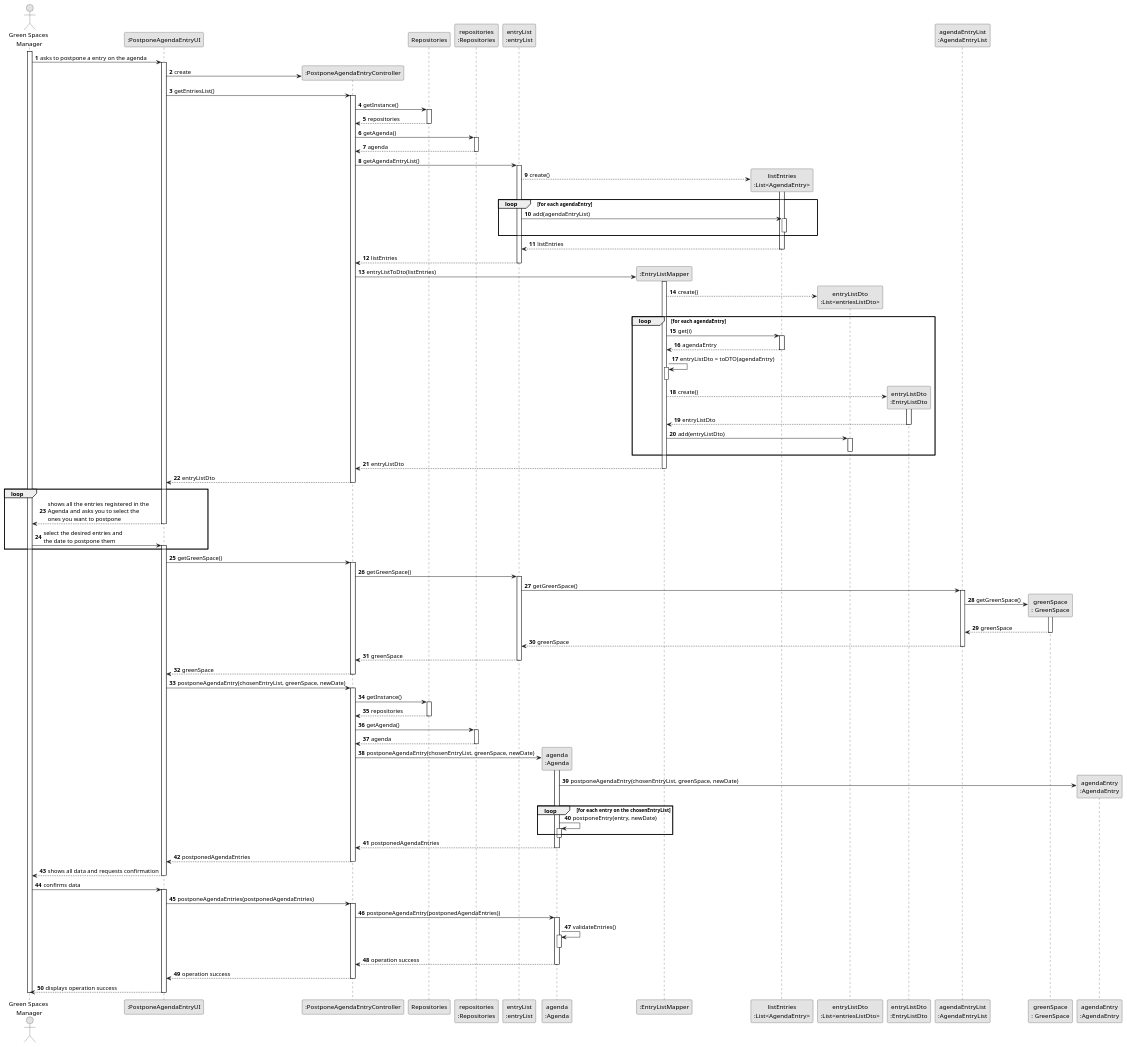
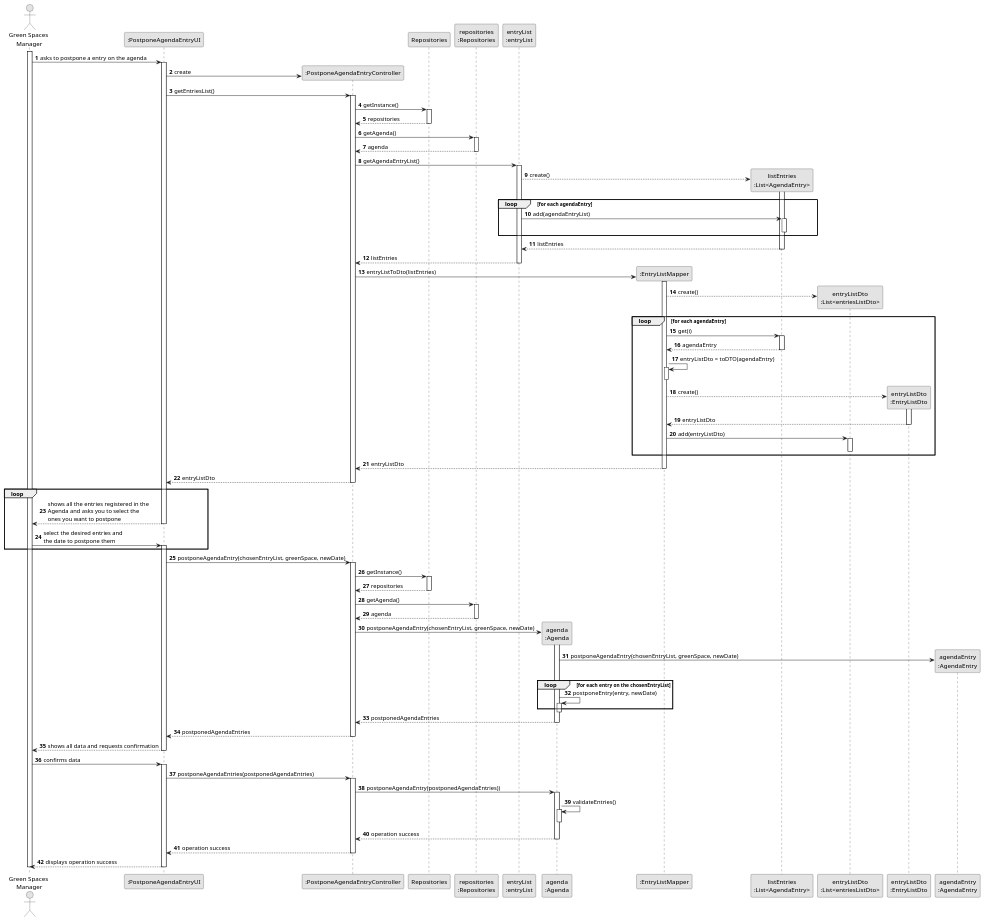
The diagram in docs/sprintC/us024/03.design/puml/us024-sequence-diagram-full.puml (diogoveirospro/lei-24-s2-1dg-g072), drawn with PlantUML before and after one commit. The commit also changed 2 other files, not shown here.

Commit message:
Finished US26 class diagram

```diff
--- a/docs/sprintC/us024/03.design/puml/us024-sequence-diagram-full.puml
+++ b/docs/sprintC/us024/03.design/puml/us024-sequence-diagram-full.puml
@@ -1,190 +1,165 @@
 @startuml
 skinparam monochrome true
 skinparam packageStyle rectangle
 skinparam shadowing false
 
 autonumber
 
 'hide footbox
 actor "Green Spaces\n Manager" as GSM
 participant ":PostponeAgendaEntryUI" as UI
 participant ":PostponeAgendaEntryController" as CTRL
 participant Repositories
 participant "repositories\n:Repositories" as REP
 participant "entryList\n:entryList" as ENTRYLIST
 participant "agenda\n:Agenda" as AGENDA
 participant ":EntryListMapper" as ENTRYLISTMAPPER
 participant "listEntries\n:List<AgendaEntry>" as LISTENTRIES
 participant "entryListDto\n:List<entriesListDto>" as TODOLISTDTO
 participant "entryListDto\n:EntryListDto" as ENTRYLISTDTO
-participant "agendaEntryList\n:AgendaEntryList" as AGENDAENTRYLIST
-participant "greenSpace\n: GreenSpace" as GREENSPACE
 participant "agendaEntry\n:AgendaEntry" as AGENDAENTRY
 
 activate GSM
 
     GSM -> UI : asks to postpone a entry on the agenda
     activate UI
 
         UI -> CTRL** : create
 
         UI -> CTRL : getEntriesList()
         activate CTRL
 
            CTRL -> Repositories: getInstance()
            activate Repositories
 
                 Repositories --> CTRL: repositories
            deactivate Repositories
 
            CTRL -> REP: getAgenda()
            activate REP
 
                 REP --> CTRL: agenda
            deactivate REP
 
             CTRL -> ENTRYLIST : getAgendaEntryList()
             activate ENTRYLIST
 
                     ENTRYLIST --> LISTENTRIES** : create()
                     activate LISTENTRIES
 
                         loop for each agendaEntry
                             ENTRYLIST -> LISTENTRIES : add(agendaEntryList)
                             activate LISTENTRIES
                             deactivate LISTENTRIES
                         end
 
                         LISTENTRIES --> ENTRYLIST : listEntries
                     deactivate LISTENTRIES
 
 
                 ENTRYLIST --> CTRL : listEntries
             deactivate ENTRYLIST
 
             CTRL -> ENTRYLISTMAPPER** : entryListToDto(listEntries)
             activate ENTRYLISTMAPPER
 
                 ENTRYLISTMAPPER --> TODOLISTDTO** : create()
 
                 loop for each agendaEntry
                     ENTRYLISTMAPPER -> LISTENTRIES : get(i)
                     activate LISTENTRIES
 
                     LISTENTRIES --> ENTRYLISTMAPPER : agendaEntry
                     deactivate LISTENTRIES
 
                     ENTRYLISTMAPPER -> ENTRYLISTMAPPER : entryListDto = toDTO(agendaEntry)
                     activate ENTRYLISTMAPPER
                     deactivate ENTRYLISTMAPPER
 
                     ENTRYLISTMAPPER --> ENTRYLISTDTO** : create()
                     activate ENTRYLISTDTO
 
                     ENTRYLISTDTO --> ENTRYLISTMAPPER : entryListDto
                     deactivate ENTRYLISTDTO
 
                     ENTRYLISTMAPPER -> TODOLISTDTO : add(entryListDto)
                     activate TODOLISTDTO
                     deactivate TODOLISTDTO
 
                 end
 
                 ENTRYLISTMAPPER --> CTRL : entryListDto
             deactivate ENTRYLISTMAPPER
 
             CTRL --> UI : entryListDto
         deactivate CTRL
         loop
         UI --> GSM: shows all the entries registered in the \nAgenda and asks you to select the \nones you want to postpone
     deactivate UI
 
     GSM -> UI: select the desired entries and \nthe date to postpone them
     activate UI
         end
 
-        UI -> CTRL : getGreenSpace()
-        activate CTRL
-
-            CTRL -> ENTRYLIST : getGreenSpace()
-            activate ENTRYLIST
-
-                ENTRYLIST -> AGENDAENTRYLIST : getGreenSpace()
-                activate AGENDAENTRYLIST
-
-                    AGENDAENTRYLIST -> GREENSPACE** : getGreenSpace()
-                    activate GREENSPACE
-
-                        GREENSPACE --> AGENDAENTRYLIST : greenSpace
-                    deactivate GREENSPACE
-
-                    AGENDAENTRYLIST --> ENTRYLIST : greenSpace
-                deactivate AGENDAENTRYLIST
-
-                ENTRYLIST --> CTRL : greenSpace
-            deactivate ENTRYLIST
-
-            CTRL --> UI : greenSpace
-        deactivate CTRL
 
         UI -> CTRL : postponeAgendaEntry(chosenEntryList, greenSpace, newDate)
         activate CTRL
 
             CTRL -> Repositories: getInstance()
             activate Repositories
 
                 Repositories --> CTRL: repositories
             deactivate Repositories
 
             CTRL -> REP: getAgenda()
             activate REP
 
                 REP --> CTRL: agenda
             deactivate REP
 
             CTRL -> AGENDA** : postponeAgendaEntry(chosenEntryList, greenSpace, newDate)
             activate AGENDA
 
                 AGENDA -> AGENDAENTRY** : postponeAgendaEntry(chosenEntryList, greenSpace, newDate)
                 loop for each entry on the chosenEntryList
                 AGENDA -> AGENDA : postponeEntry(entry, newDate)
                 activate AGENDA
                 end
                 deactivate AGENDA
                 deactivate AGENDAENTRY
 
                 AGENDA --> CTRL : postponedAgendaEntries
                 deactivate AGENDA
 
             CTRL --> UI : postponedAgendaEntries
             deactivate CTRL
 
         UI --> GSM: shows all data and requests confirmation
     deactivate UI
 
     GSM -> UI: confirms data
     activate UI
 
         UI -> CTRL : postponeAgendaEntries(postponedAgendaEntries)
         activate CTRL
 
             CTRL -> AGENDA : postponeAgendaEntry(postponedAgendaEntries))
             activate AGENDA
 
             AGENDA -> AGENDA : validateEntries()
             activate AGENDA
 
             deactivate AGENDA
 
             AGENDA --> CTRL : operation success
             deactivate AGENDA
 
             CTRL --> UI : operation success
         deactivate CTRL
 
         UI --> GSM: displays operation success
     deactivate UI
 
 deactivate GSM
 
 @enduml
```
